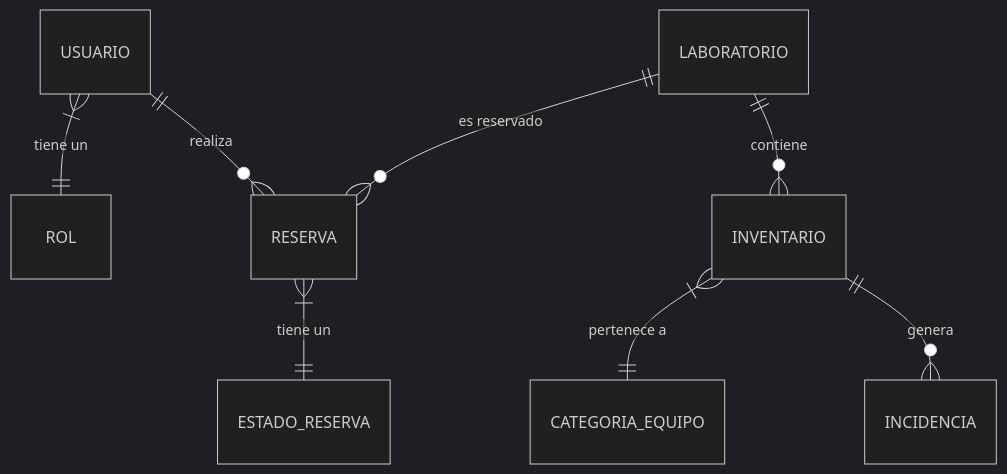
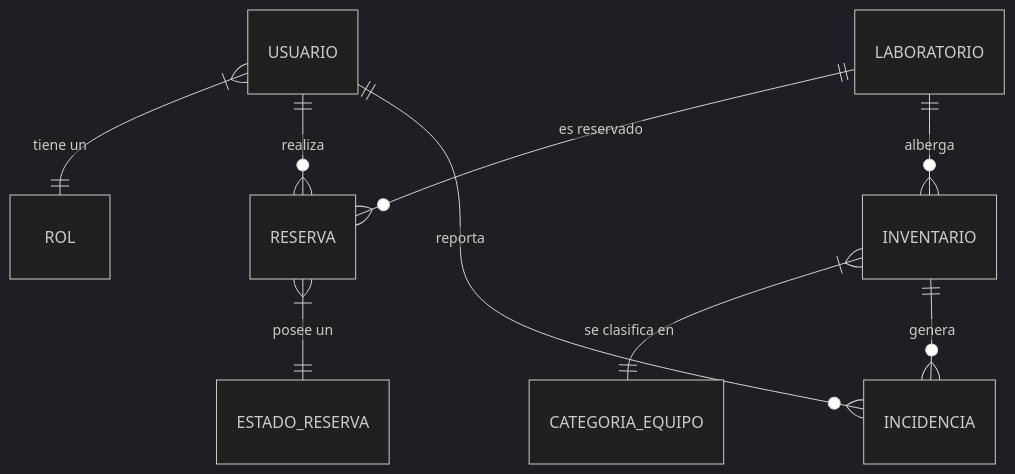
Before and after one commit to Jalgxone/reservacion_laboratoriosvercel: the diagram in docs/base-datos.md, drawn with Mermaid (dark theme). The commit also changed other lines of this file and 69 other files, not shown here.

````diff
--- a/docs/base-datos.md
+++ b/docs/base-datos.md
@@ -7,10 +7,11 @@
 ```mermaid
 erDiagram
     USUARIO }|--|| ROL : "tiene un"
     USUARIO ||--o{ RESERVA : "realiza"
     LABORATORIO ||--o{ RESERVA : "es reservado"
-    LABORATORIO ||--o{ INVENTARIO : "contiene"
-    INVENTARIO }|--|| CATEGORIA_EQUIPO : "pertenece a"
+    LABORATORIO ||--o{ INVENTARIO : "alberga"
+    INVENTARIO }|--|| CATEGORIA_EQUIPO : "se clasifica en"
     INVENTARIO ||--o{ INCIDENCIA : "genera"
-    RESERVA }|--|| ESTADO_RESERVA : "tiene un"
+    USUARIO ||--o{ INCIDENCIA : "reporta"
+    RESERVA }|--|| ESTADO_RESERVA : "posee un"
 ```
````
